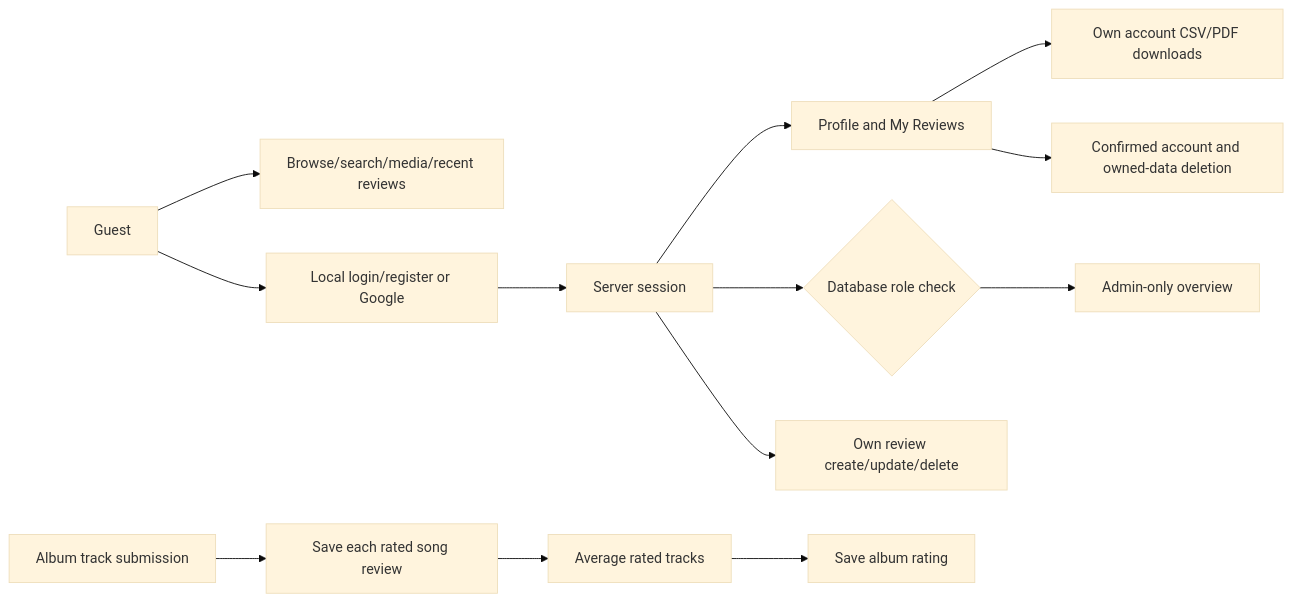
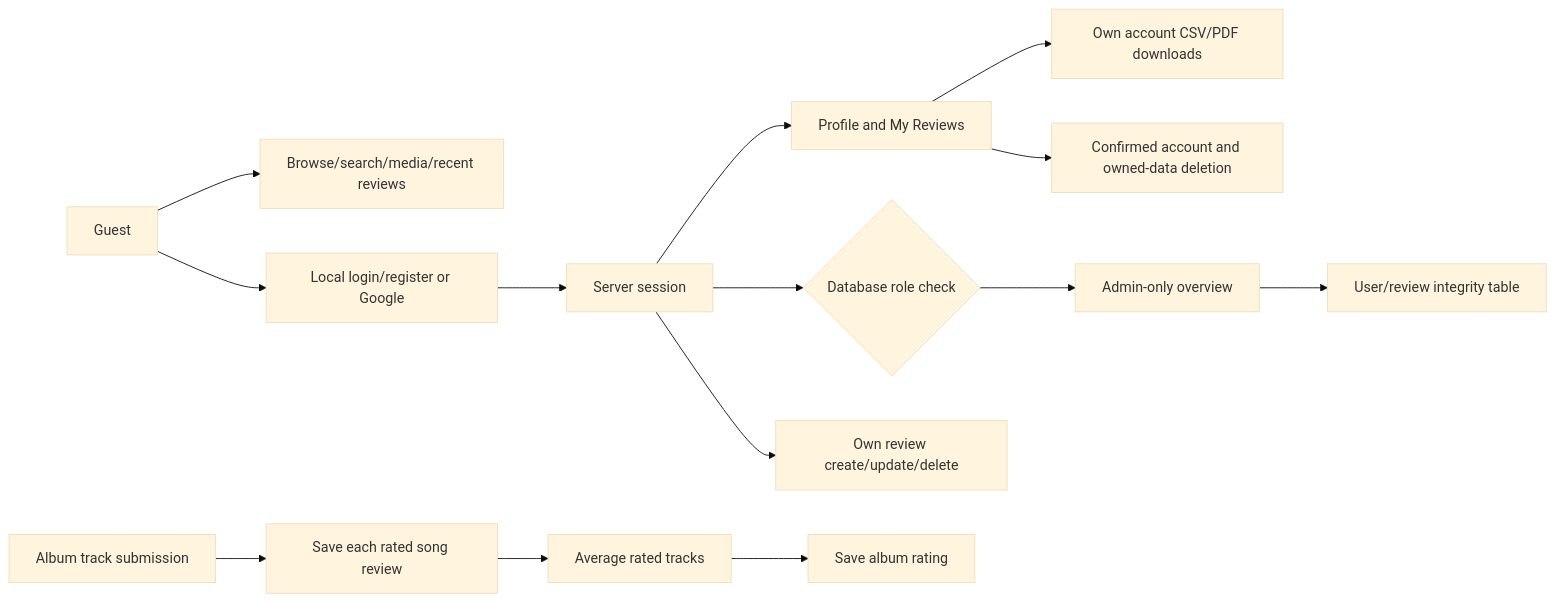
The second of 2 diagrams in docs/ARCHITECTURE.md (Data-strucures-finalProject/HearSay), drawn with Mermaid (base theme) before and after one commit. The commit also changed other lines of this file and 32 other files, not shown here.

````diff
--- a/docs/ARCHITECTURE.md
+++ b/docs/ARCHITECTURE.md
@@ -24,15 +27,16 @@
 ```mermaid
 flowchart LR
     Guest[Guest] --> Public[Browse/search/media/recent reviews]
     Guest --> Auth[Local login/register or Google]
     Auth --> Session[Server session]
     Session --> Profile[Profile and My Reviews]
     Profile --> Export[Own account CSV/PDF downloads]
     Profile --> Delete[Confirmed account and owned-data deletion]
     Session --> Role{Database role check}
     Role --> Admin[Admin-only overview]
+    Admin --> Integrity[User/review integrity table]
     Session --> Write[Own review create/update/delete]
     Album[Album track submission] --> Songs[Save each rated song review]
     Songs --> Average[Average rated tracks]
     Average --> AlbumReview[Save album rating]
 ```
````
